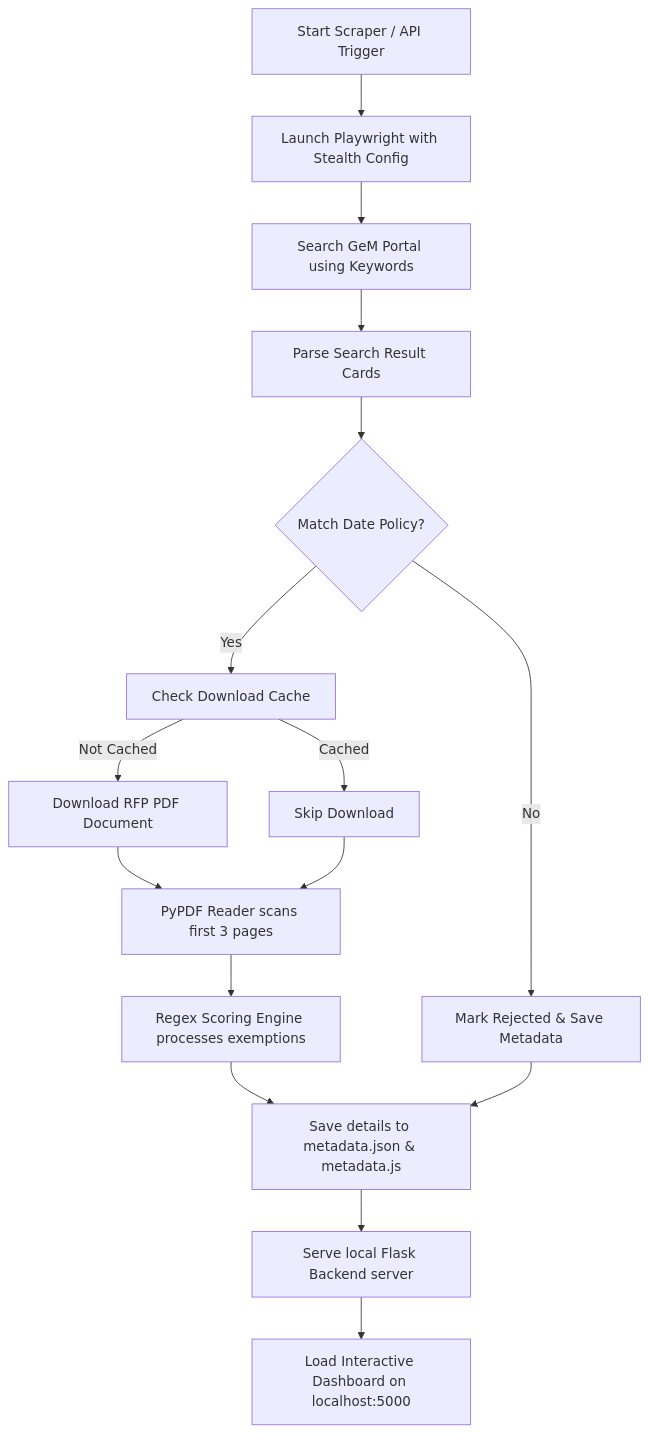
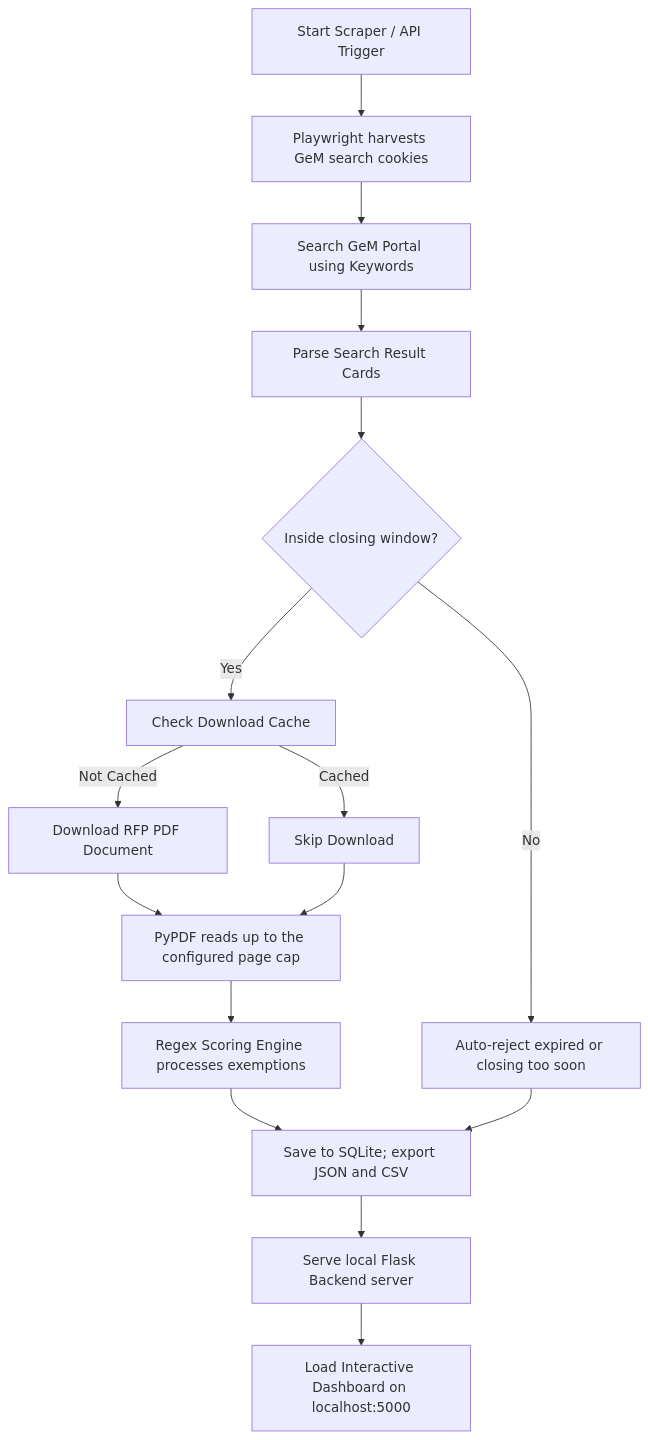
The diagram in README.md (AakashBhat1/GeMSentry), drawn with Mermaid before and after one commit. The commit also changed other lines of this file and 21 other files, not shown here.

````diff
--- a/README.md
+++ b/README.md
@@ -29,18 +29,18 @@
 ```mermaid
 graph TD
-    A[Start Scraper / API Trigger] --> B[Launch Playwright with Stealth Config]
+    A[Start Scraper / API Trigger] --> B[Playwright harvests GeM search cookies]
     B --> C[Search GeM Portal using Keywords]
     C --> D[Parse Search Result Cards]
-    D --> E{Match Date Policy?}
-    E -- No --> F[Mark Rejected & Save Metadata]
+    D --> E{Inside closing window?}
+    E -- No --> F[Auto-reject expired or closing too soon]
     E -- Yes --> G[Check Download Cache]
     G -- Not Cached --> H[Download RFP PDF Document]
     G -- Cached --> I[Skip Download]
-    H --> J[PyPDF Reader scans first 3 pages]
+    H --> J[PyPDF reads up to the configured page cap]
     I --> J
     J --> K[Regex Scoring Engine processes exemptions]
-    K --> L[Save details to metadata.json & metadata.js]
+    K --> L[Save to SQLite; export JSON and CSV]
     L --> M[Serve local Flask Backend server]
     M --> N[Load Interactive Dashboard on localhost:5000]
     F --> L
 ```
````
